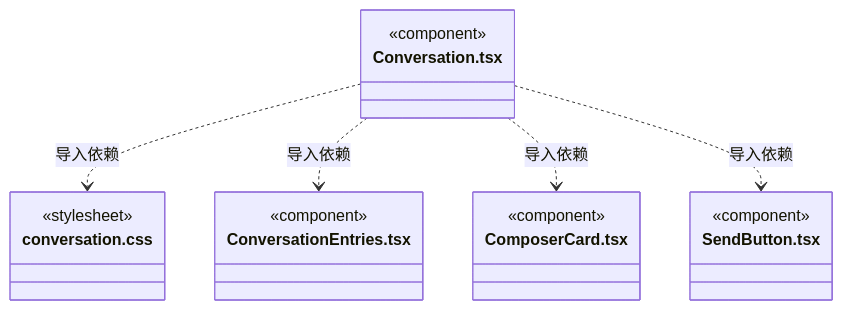
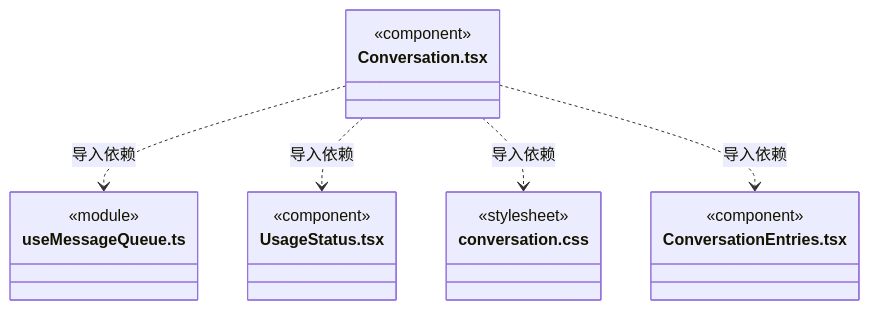
Diagram 38 of 46 in src/view/conversation/ARCHITECTURE.md (nan023062/cbim), drawn with Mermaid before and after one commit. The commit also changed other lines of this file and 12 other files, not shown here.

````diff
--- a/src/view/conversation/ARCHITECTURE.md
+++ b/src/view/conversation/ARCHITECTURE.md
@@ -491,22 +542,22 @@
 ```mermaid
 classDiagram
 class N_src_view_conversation_Conversation_tsx["Conversation.tsx"] {
+  <<component>>
+}
+class N_src_view_conversation_useMessageQueue_ts["useMessageQueue.ts"] {
+  <<module>>
+}
+class N_src_view_conversation_UsageStatus_tsx["UsageStatus.tsx"] {
   <<component>>
 }
 class N_src_view_conversation_conversation_css["conversation.css"] {
   <<stylesheet>>
 }
 class N_src_view_conversation_ConversationEntries_tsx["ConversationEntries.tsx"] {
   <<component>>
 }
-class N_src_view_conversation_ComposerCard_tsx["ComposerCard.tsx"] {
-  <<component>>
-}
-class N_src_view_conversation_SendButton_tsx["SendButton.tsx"] {
-  <<component>>
-}
+N_src_view_conversation_Conversation_tsx ..> N_src_view_conversation_useMessageQueue_ts : 导入依赖
+N_src_view_conversation_Conversation_tsx ..> N_src_view_conversation_UsageStatus_tsx : 导入依赖
 N_src_view_conversation_Conversation_tsx ..> N_src_view_conversation_conversation_css : 导入依赖
 N_src_view_conversation_Conversation_tsx ..> N_src_view_conversation_ConversationEntries_tsx : 导入依赖
-N_src_view_conversation_Conversation_tsx ..> N_src_view_conversation_ComposerCard_tsx : 导入依赖
-N_src_view_conversation_Conversation_tsx ..> N_src_view_conversation_SendButton_tsx : 导入依赖
 ```
````
